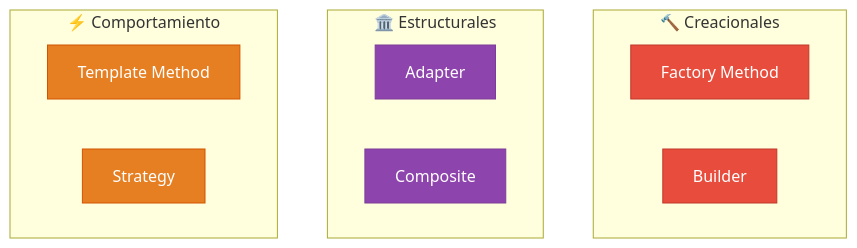
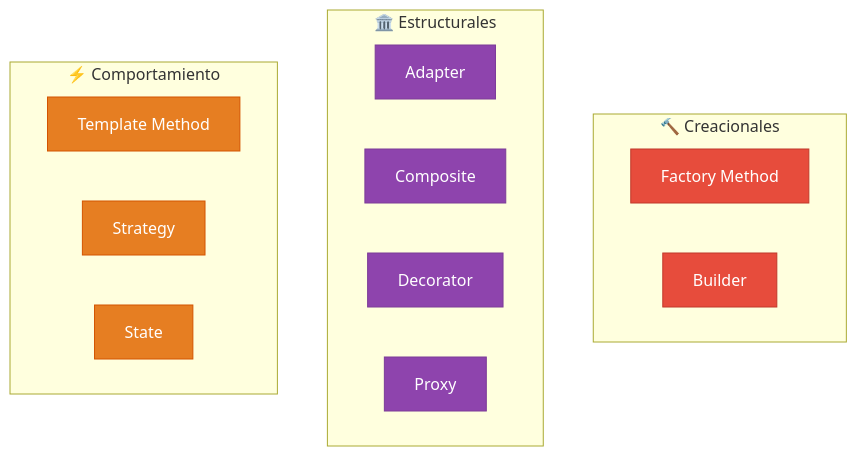
One commit to auwus21/Facultad-Informatica-UNLP changed the diagram in OO2/README.md. Above: the diagram before and after it, drawn with Mermaid. The commit also changed other lines of this file and 34 other files, not shown here.

````diff
--- a/OO2/README.md
+++ b/OO2/README.md
@@ -139,24 +66,30 @@
 ```mermaid
 graph TB
     subgraph "🔨 Creacionales"
         FM["Factory Method"]
         BU["Builder"]
     end
 
     subgraph "🏛️ Estructurales"
         AD["Adapter"]
         CO["Composite"]
+        DE["Decorator"]
+        PR["Proxy"]
     end
 
     subgraph "⚡ Comportamiento"
         TM["Template Method"]
         ST["Strategy"]
+        SE["State"]
     end
 
     style FM fill:#E74C3C,stroke:#C0392B,color:#fff
     style BU fill:#E74C3C,stroke:#C0392B,color:#fff
     style AD fill:#8E44AD,stroke:#7D3C98,color:#fff
     style CO fill:#8E44AD,stroke:#7D3C98,color:#fff
+    style DE fill:#8E44AD,stroke:#7D3C98,color:#fff
+    style PR fill:#8E44AD,stroke:#7D3C98,color:#fff
     style TM fill:#E67E22,stroke:#D35400,color:#fff
     style ST fill:#E67E22,stroke:#D35400,color:#fff
+    style SE fill:#E67E22,stroke:#D35400,color:#fff
 ```
````
